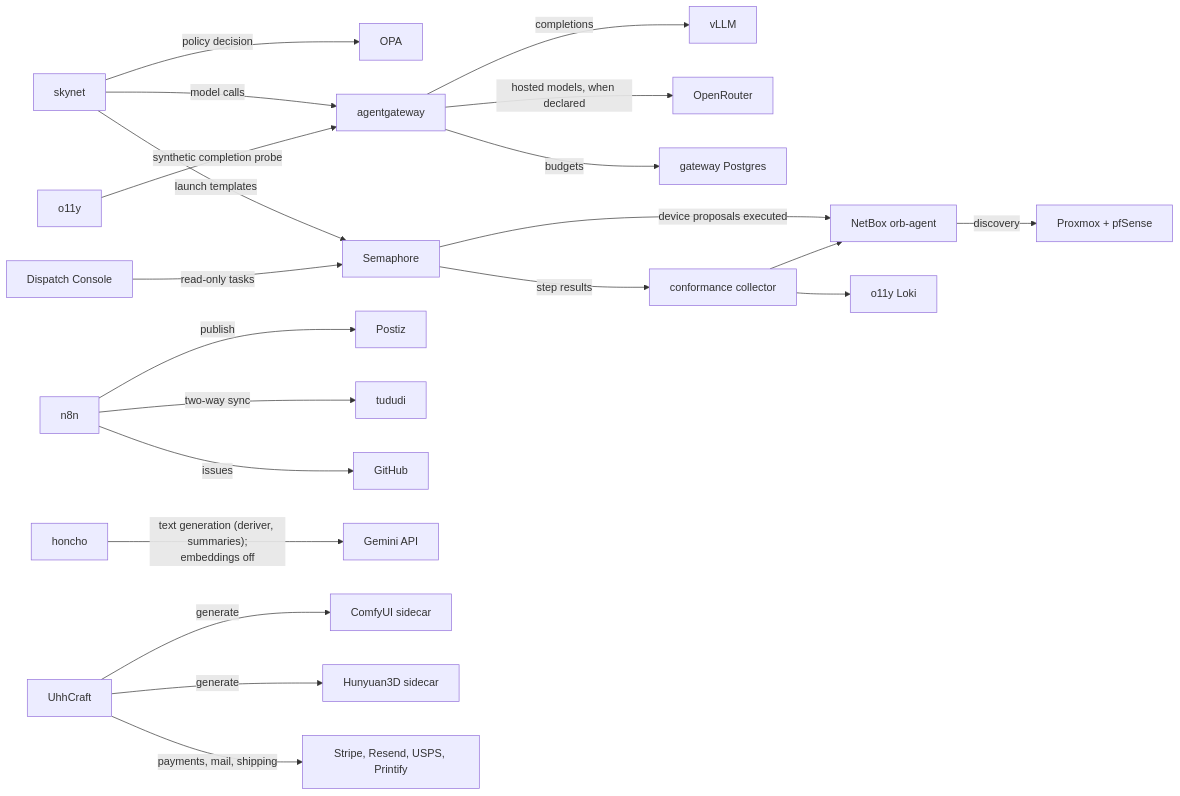
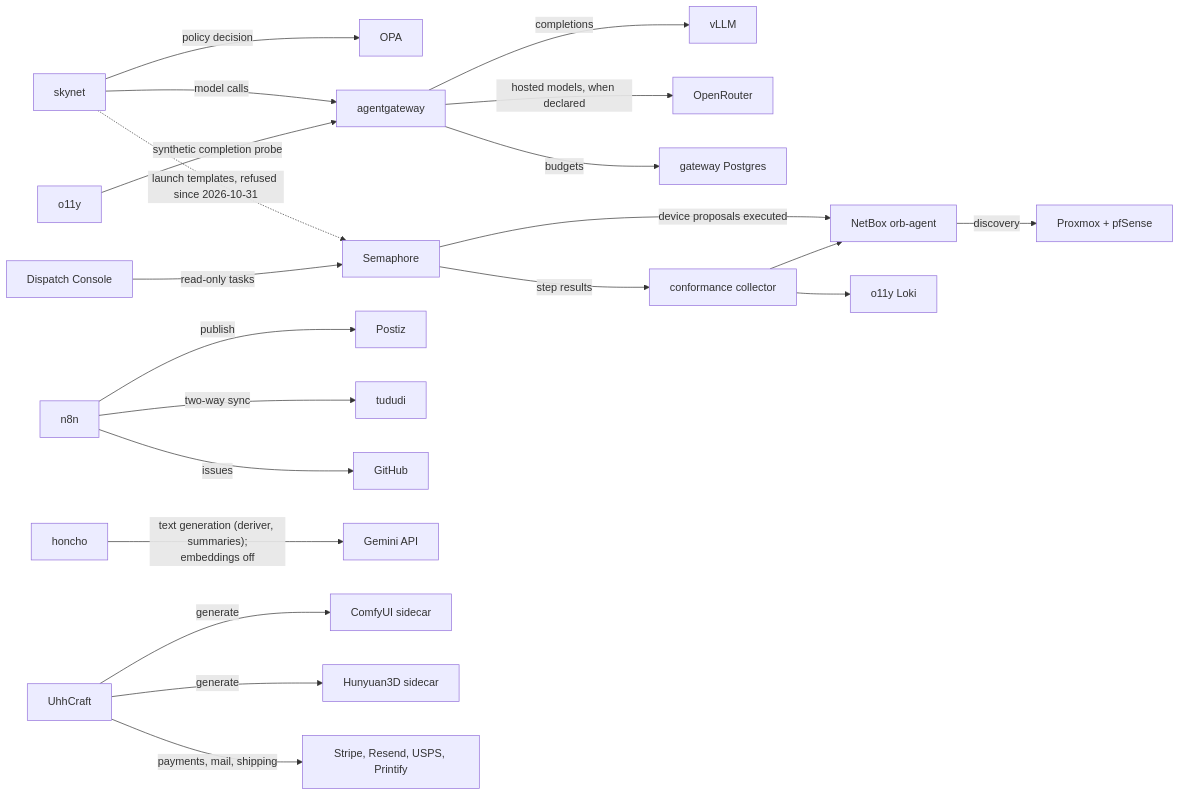
Before and after one commit to uhstray-io/agent-cloud: the fifth of 10 diagrams in plan/architecture/service-architecture.md, drawn with Mermaid. The commit also changed other lines of this file, not shown here.

First line of the commit message:
docs(architecture): correct service map to production evidence

````diff
--- a/plan/architecture/service-architecture.md
+++ b/plan/architecture/service-architecture.md
@@ -312,23 +317,23 @@
 ```mermaid
 flowchart LR
     SKY["skynet"] -->|"policy decision"| OPA["OPA"]
     SKY -->|"model calls"| AGW["agentgateway"]
-    SKY -->|"launch templates"| SEM["Semaphore"]
+    SKY -.->|"launch templates, refused since 2026-10-31"| SEM["Semaphore"]
     AGW -->|"completions"| VLLM["vLLM"]
     AGW -->|"hosted models, when declared"| OR["OpenRouter"]
     AGW -->|"budgets"| AGWDB["gateway Postgres"]
     CON["Dispatch Console"] -->|"read-only tasks"| SEM
     N8N["n8n"] -->|"publish"| PZ["Postiz"]
     N8N -->|"two-way sync"| TD["tududi"]
     N8N -->|"issues"| GH["GitHub"]
     HON["honcho"] -->|"text generation (deriver, summaries);<br/>embeddings off"| GEM["Gemini API"]
     UHH["UhhCraft"] -->|"generate"| CUI["ComfyUI sidecar"]
     UHH -->|"generate"| HUN["Hunyuan3D sidecar"]
     UHH -->|"payments, mail, shipping"| EXT["Stripe, Resend, USPS, Printify"]
     NB["NetBox orb-agent"] -->|"discovery"| PVE["Proxmox + pfSense"]
     SEM -->|"device proposals executed"| NB
     O11Y["o11y"] -->|"synthetic completion probe"| AGW
     SEM -->|"step results"| COL["conformance collector"]
     COL --> NB
     COL --> LOKI["o11y Loki"]
 ```
````
